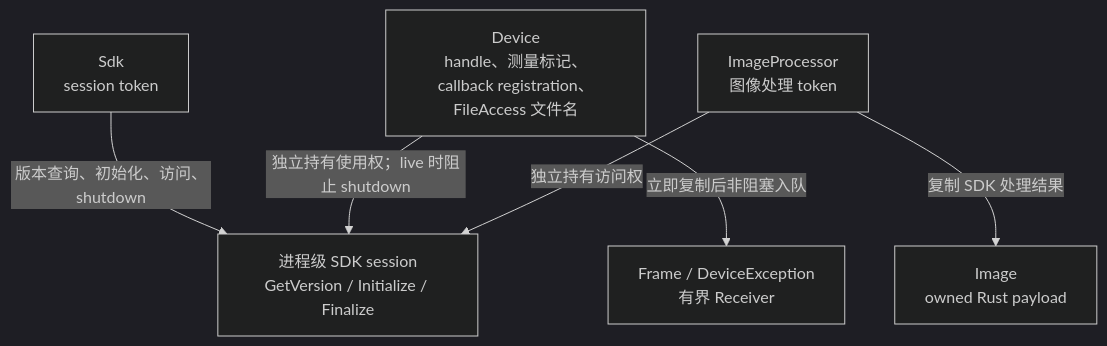
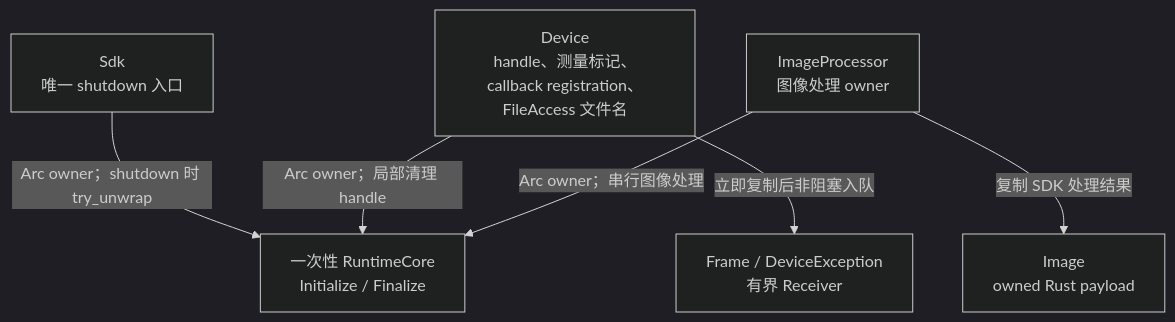
The first of 3 diagrams in 生命周期与时序图.md (JSB-Unscarred/3dmvs-sdk-rs), drawn with Mermaid (dark theme) before and after one commit. The commit also changed other lines of this file and 15 other files, not shown here.

````diff
--- a/生命周期与时序图.md
+++ b/生命周期与时序图.md
@@ -5,15 +5,15 @@
 ```mermaid
 flowchart TD
-    Session["进程级 SDK session<br/>GetVersion / Initialize / Finalize"]
-    SDK["Sdk<br/>session token"]
+    Session["一次性 RuntimeCore<br/>Initialize / Finalize"]
+    SDK["Sdk<br/>唯一 shutdown 入口"]
     Device["Device<br/>handle、测量标记、callback registration、FileAccess 文件名"]
-    Processor["ImageProcessor<br/>图像处理 token"]
+    Processor["ImageProcessor<br/>图像处理 owner"]
     Receivers["Frame / DeviceException<br/>有界 Receiver"]
     Images["Image<br/>owned Rust payload"]
 
-    SDK -->|版本查询、初始化、访问、shutdown| Session
-    Device -->|独立持有使用权；live 时阻止 shutdown| Session
-    Processor -->|独立持有访问权| Session
+    SDK -->|Arc owner；shutdown 时 try_unwrap| Session
+    Device -->|Arc owner；局部清理 handle| Session
+    Processor -->|Arc owner；串行图像处理| Session
     Device -->|立即复制后非阻塞入队| Receivers
     Processor -->|复制 SDK 处理结果| Images
 ```
````
